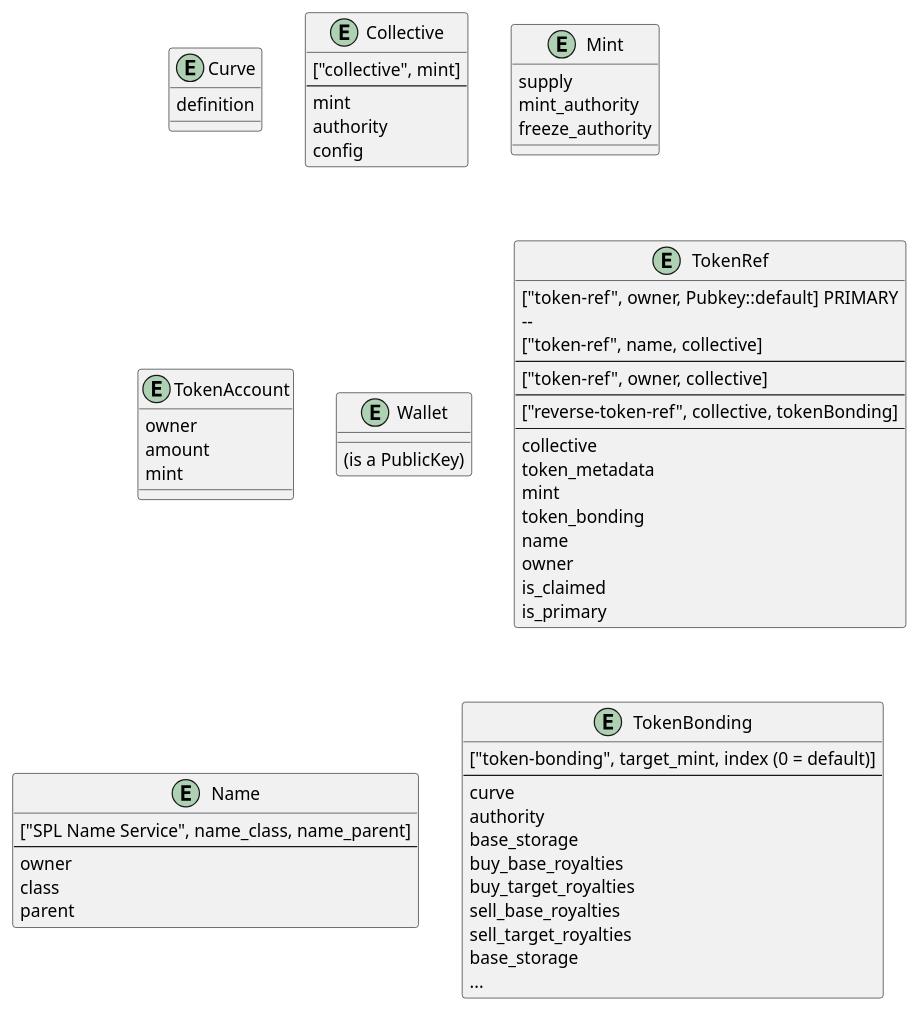
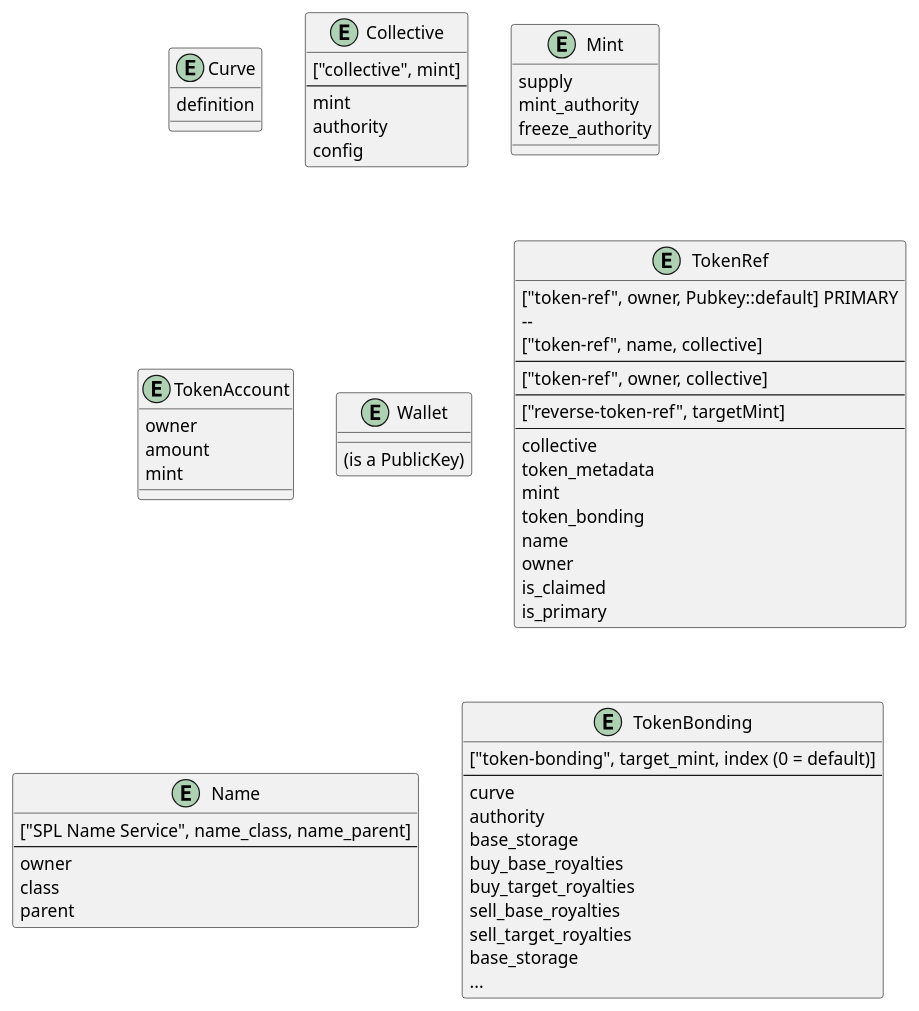
One commit to StrataFoundation/strata changed the diagram in packages/docs/docs/learn/social_tokens.md. Above: the diagram before and after it, drawn with PlantUML. The commit also changed 45 other files, not shown here.

Commit message:
Port most tokenRef and metadata related hooks over, refactor decoders

```diff
--- a/packages/docs/docs/learn/social_tokens.md
+++ b/packages/docs/docs/learn/social_tokens.md
@@ -54,7 +54,7 @@
   --
   ["token-ref", owner, collective]
   --
-  ["reverse-token-ref", collective, tokenBonding]
+  ["reverse-token-ref", targetMint]
   --
   collective
   token_metadata
```
